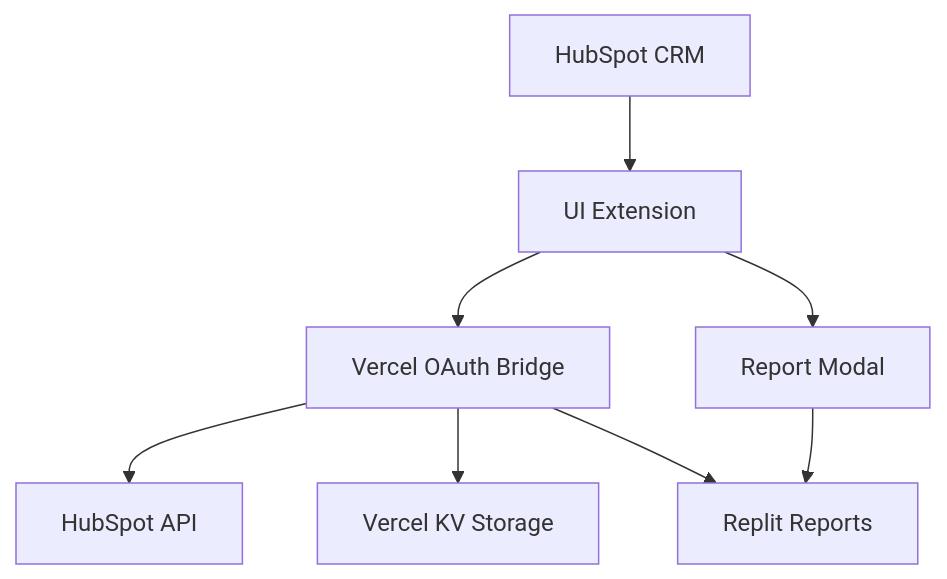
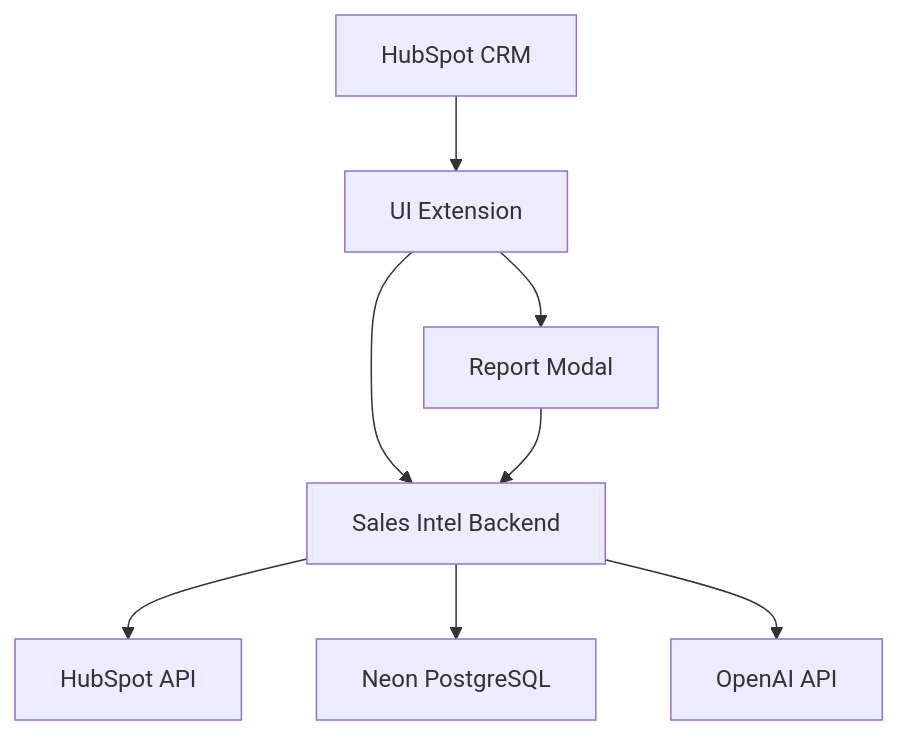
The diagram in README.md (romeoman/hubspot-sales-intelligence-extension), drawn with Mermaid before and after one commit. The commit also changed other lines of this file and 57 other files, not shown here.

First line of the commit message:
refactor: Remove unused vercel-backend package

````diff
--- a/README.md
+++ b/README.md
@@ -117,11 +118,11 @@
 ```mermaid
 graph TD
     A[HubSpot CRM] --> B[UI Extension]
-    B --> C[Vercel OAuth Bridge]
+    B --> C[Sales Intel Backend]
     C --> D[HubSpot API]
-    C --> E[Vercel KV Storage]
-    C --> F[Replit Reports]
+    C --> E[Neon PostgreSQL]
+    C --> F[OpenAI API]
 
     B --> G[Report Modal]
-    G --> F
+    G --> C
 ```
````
